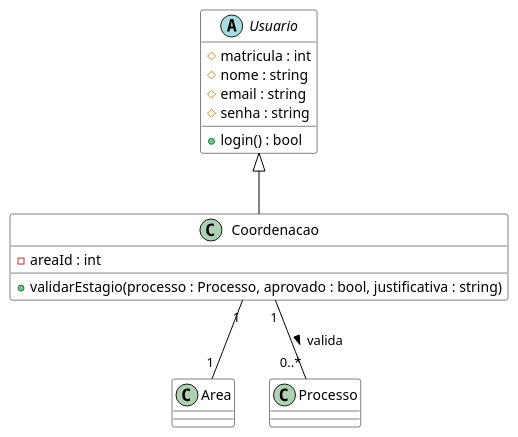
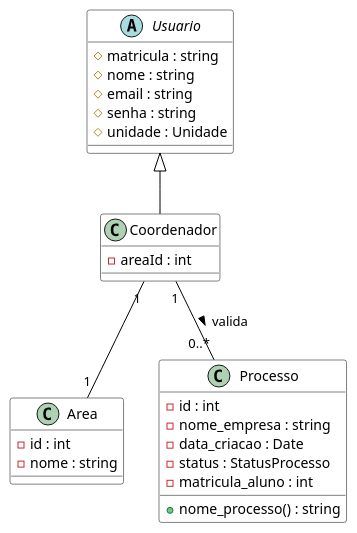
One commit to Projetos-de-Extensao/PBE_26.1_8002_III changed the diagram in docs/assets/Diagramas/src/diagrama_classes_coordenacao.puml. Above: the diagram before and after it, drawn with PlantUML. The commit also changed 7 other files, not shown here.

```diff
--- a/docs/assets/Diagramas/src/diagrama_classes_coordenacao.puml
+++ b/docs/assets/Diagramas/src/diagrama_classes_coordenacao.puml
@@ -1,34 +1,41 @@
 @startuml
 
 ' --- Estilos ---
 skinparam class {
     BackgroundColor White
     ArrowColor Black
     BorderColor Black
 }
 
 ' --- Classes Relevantes ---
 abstract class Usuario {
-    # matricula : int
+    # matricula : string
     # nome : string
     # email : string
     # senha : string
-    + login() : bool
+    # unidade : Unidade
 }
 
-class Coordenacao extends Usuario {
+class Coordenador extends Usuario {
     - areaId : int
-    + validarEstagio(processo : Processo, aprovado : bool, justificativa : string)
 }
 
 class Area {
+    - id : int
+    - nome : string
 }
 
 class Processo {
+    - id : int
+    - nome_empresa : string
+    - data_criacao : Date
+    - status : StatusProcesso
+    - matricula_aluno : int
+    + nome_processo() : string
 }
 
 ' --- Relacionamentos ---
-Coordenacao "1" -- "1" Area
-Coordenacao "1" -- "0..*" Processo : valida >
+Coordenador "1" -- "1" Area
+Coordenador "1" -- "0..*" Processo : valida >
 
 @enduml
```
